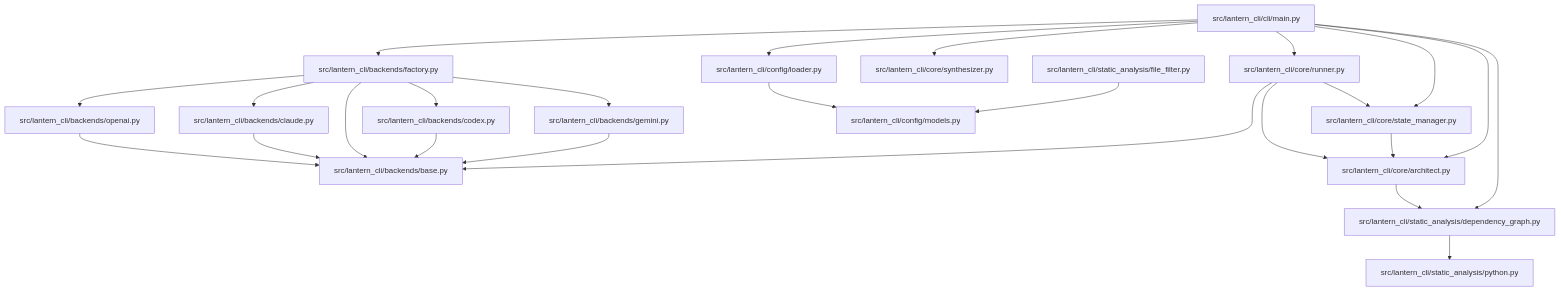
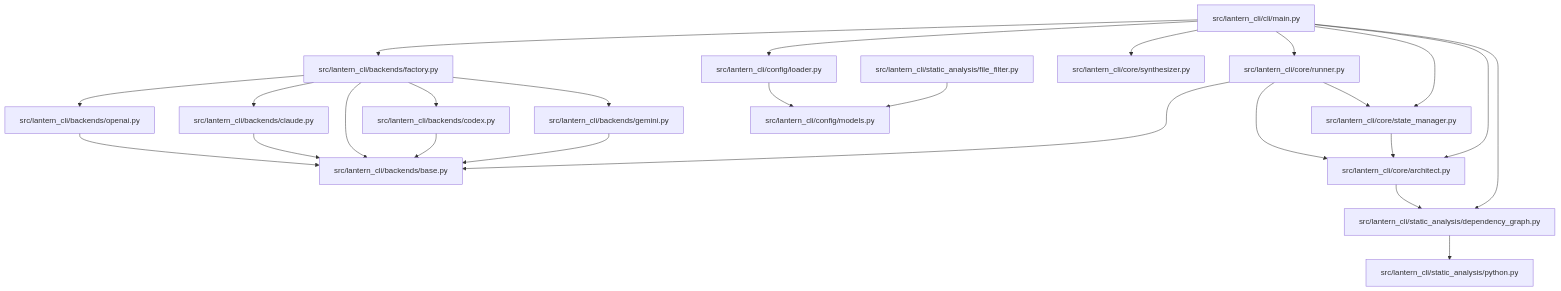
One commit to abc1199281/repo-lantern changed the diagram in .lantern/lantern_plan.md. Above: the diagram before and after it, drawn with Mermaid. The commit also changed other lines of this file and 35 other files, not shown here.

````diff
--- a/.lantern/lantern_plan.md
+++ b/.lantern/lantern_plan.md
@@ -7,27 +7,27 @@
 ```mermaid
 graph TD
     src_lantern_cli_backends_openai_py[src/lantern_cli/backends/openai.py] --> src_lantern_cli_backends_base_py[src/lantern_cli/backends/base.py]
     src_lantern_cli_backends_claude_py[src/lantern_cli/backends/claude.py] --> src_lantern_cli_backends_base_py[src/lantern_cli/backends/base.py]
+    src_lantern_cli_backends_factory_py[src/lantern_cli/backends/factory.py] --> src_lantern_cli_backends_base_py[src/lantern_cli/backends/base.py]
+    src_lantern_cli_backends_factory_py[src/lantern_cli/backends/factory.py] --> src_lantern_cli_backends_claude_py[src/lantern_cli/backends/claude.py]
+    src_lantern_cli_backends_factory_py[src/lantern_cli/backends/factory.py] --> src_lantern_cli_backends_codex_py[src/lantern_cli/backends/codex.py]
     src_lantern_cli_backends_factory_py[src/lantern_cli/backends/factory.py] --> src_lantern_cli_backends_gemini_py[src/lantern_cli/backends/gemini.py]
-    src_lantern_cli_backends_factory_py[src/lantern_cli/backends/factory.py] --> src_lantern_cli_backends_claude_py[src/lantern_cli/backends/claude.py]
     src_lantern_cli_backends_factory_py[src/lantern_cli/backends/factory.py] --> src_lantern_cli_backends_openai_py[src/lantern_cli/backends/openai.py]
-    src_lantern_cli_backends_factory_py[src/lantern_cli/backends/factory.py] --> src_lantern_cli_backends_base_py[src/lantern_cli/backends/base.py]
-    src_lantern_cli_backends_factory_py[src/lantern_cli/backends/factory.py] --> src_lantern_cli_backends_codex_py[src/lantern_cli/backends/codex.py]
     src_lantern_cli_backends_codex_py[src/lantern_cli/backends/codex.py] --> src_lantern_cli_backends_base_py[src/lantern_cli/backends/base.py]
     src_lantern_cli_backends_gemini_py[src/lantern_cli/backends/gemini.py] --> src_lantern_cli_backends_base_py[src/lantern_cli/backends/base.py]
     src_lantern_cli_core_runner_py[src/lantern_cli/core/runner.py] --> src_lantern_cli_core_architect_py[src/lantern_cli/core/architect.py]
+    src_lantern_cli_core_runner_py[src/lantern_cli/core/runner.py] --> src_lantern_cli_backends_base_py[src/lantern_cli/backends/base.py]
     src_lantern_cli_core_runner_py[src/lantern_cli/core/runner.py] --> src_lantern_cli_core_state_manager_py[src/lantern_cli/core/state_manager.py]
-    src_lantern_cli_core_runner_py[src/lantern_cli/core/runner.py] --> src_lantern_cli_backends_base_py[src/lantern_cli/backends/base.py]
     src_lantern_cli_core_state_manager_py[src/lantern_cli/core/state_manager.py] --> src_lantern_cli_core_architect_py[src/lantern_cli/core/architect.py]
     src_lantern_cli_core_architect_py[src/lantern_cli/core/architect.py] --> src_lantern_cli_static_analysis_dependency_graph_py[src/lantern_cli/static_analysis/dependency_graph.py]
+    src_lantern_cli_cli_main_py[src/lantern_cli/cli/main.py] --> src_lantern_cli_config_loader_py[src/lantern_cli/config/loader.py]
+    src_lantern_cli_cli_main_py[src/lantern_cli/cli/main.py] --> src_lantern_cli_core_runner_py[src/lantern_cli/core/runner.py]
+    src_lantern_cli_cli_main_py[src/lantern_cli/cli/main.py] --> src_lantern_cli_static_analysis_dependency_graph_py[src/lantern_cli/static_analysis/dependency_graph.py]
+    src_lantern_cli_cli_main_py[src/lantern_cli/cli/main.py] --> src_lantern_cli_core_state_manager_py[src/lantern_cli/core/state_manager.py]
+    src_lantern_cli_cli_main_py[src/lantern_cli/cli/main.py] --> src_lantern_cli_core_architect_py[src/lantern_cli/core/architect.py]
+    src_lantern_cli_cli_main_py[src/lantern_cli/cli/main.py] --> src_lantern_cli_backends_factory_py[src/lantern_cli/backends/factory.py]
     src_lantern_cli_cli_main_py[src/lantern_cli/cli/main.py] --> src_lantern_cli_core_synthesizer_py[src/lantern_cli/core/synthesizer.py]
-    src_lantern_cli_cli_main_py[src/lantern_cli/cli/main.py] --> src_lantern_cli_core_runner_py[src/lantern_cli/core/runner.py]
-    src_lantern_cli_cli_main_py[src/lantern_cli/cli/main.py] --> src_lantern_cli_config_loader_py[src/lantern_cli/config/loader.py]
-    src_lantern_cli_cli_main_py[src/lantern_cli/cli/main.py] --> src_lantern_cli_core_architect_py[src/lantern_cli/core/architect.py]
-    src_lantern_cli_cli_main_py[src/lantern_cli/cli/main.py] --> src_lantern_cli_core_state_manager_py[src/lantern_cli/core/state_manager.py]
-    src_lantern_cli_cli_main_py[src/lantern_cli/cli/main.py] --> src_lantern_cli_backends_factory_py[src/lantern_cli/backends/factory.py]
-    src_lantern_cli_cli_main_py[src/lantern_cli/cli/main.py] --> src_lantern_cli_static_analysis_dependency_graph_py[src/lantern_cli/static_analysis/dependency_graph.py]
     src_lantern_cli_config_loader_py[src/lantern_cli/config/loader.py] --> src_lantern_cli_config_models_py[src/lantern_cli/config/models.py]
     src_lantern_cli_static_analysis_file_filter_py[src/lantern_cli/static_analysis/file_filter.py] --> src_lantern_cli_config_models_py[src/lantern_cli/config/models.py]
     src_lantern_cli_static_analysis_dependency_graph_py[src/lantern_cli/static_analysis/dependency_graph.py] --> src_lantern_cli_static_analysis_python_py[src/lantern_cli/static_analysis/python.py]
 ```
````
